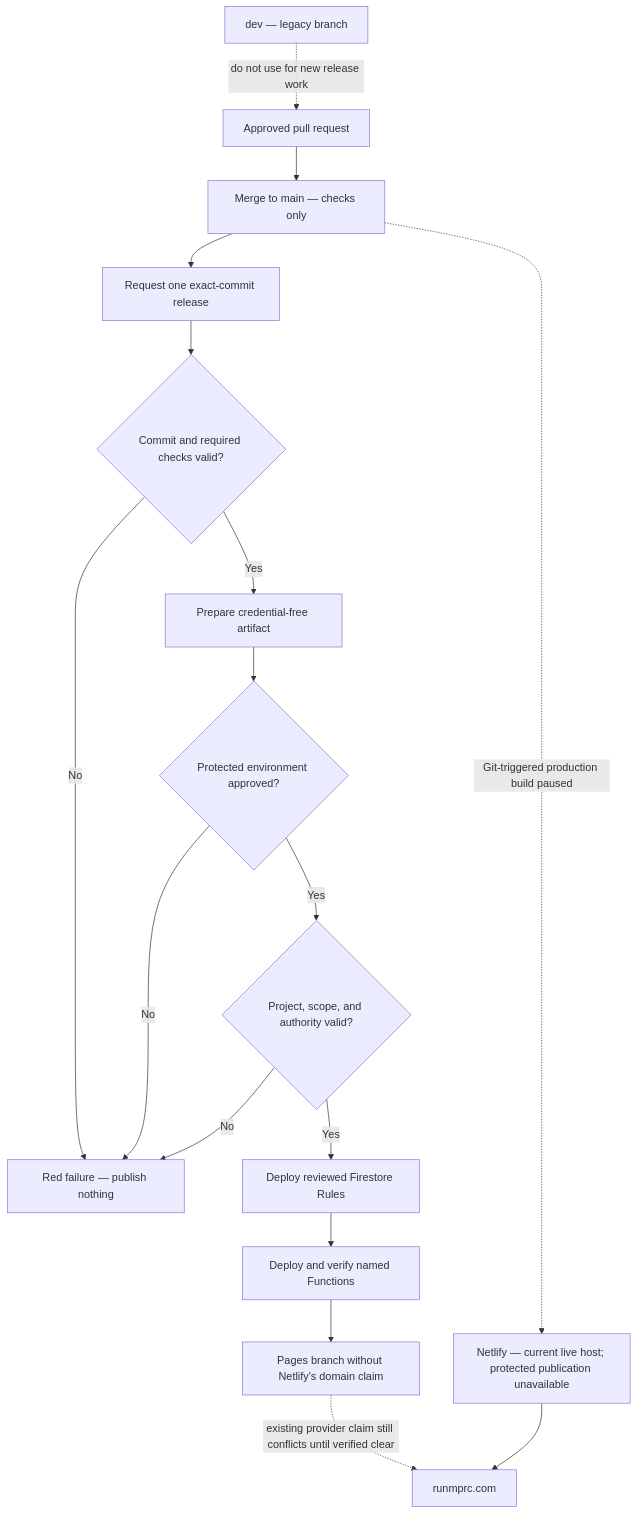
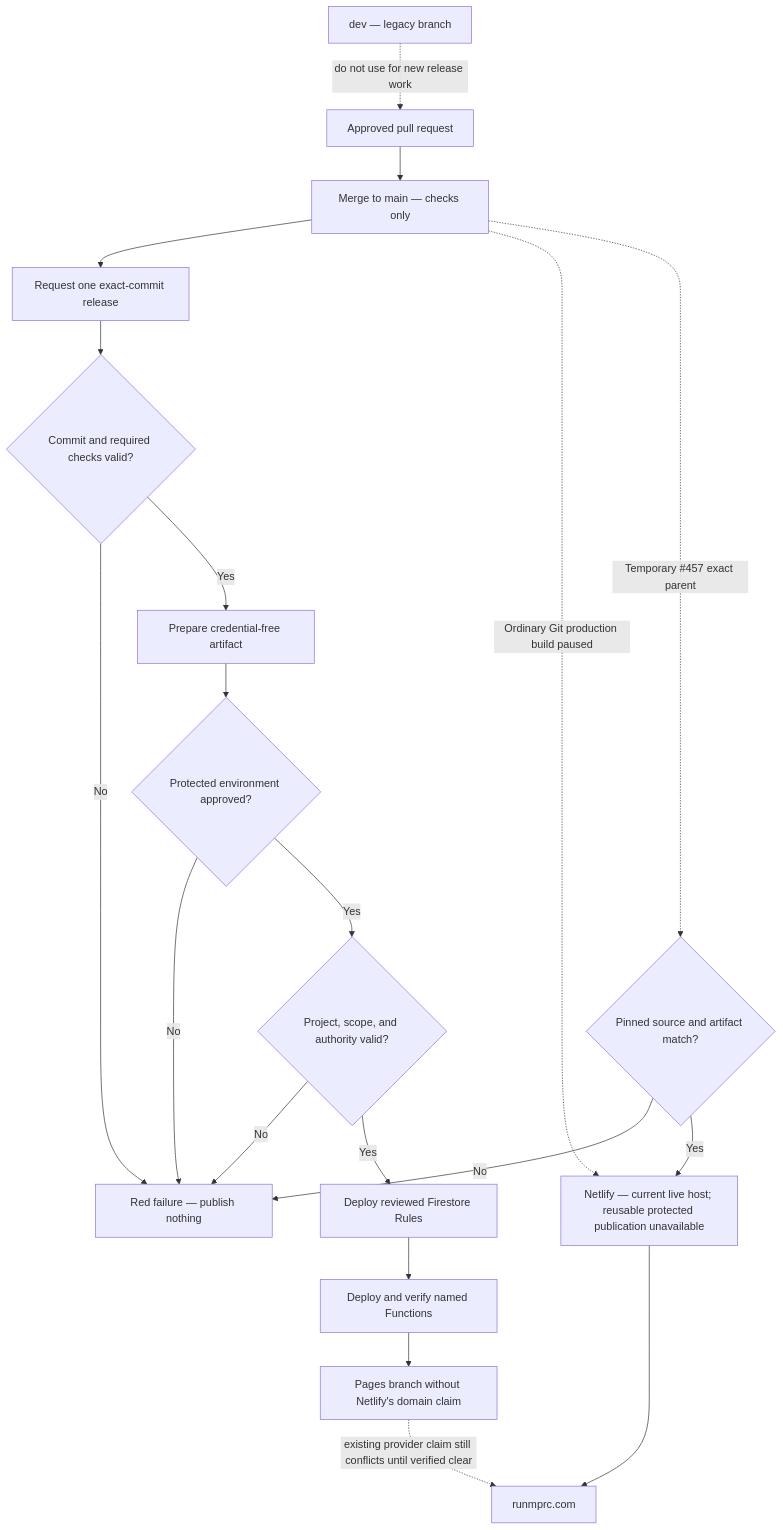
Before and after one commit to Run-MPRC/Run-MPRC.github.io: the third of 8 diagrams in docs/officers/SYSTEM_MAPS.md, drawn with Mermaid. The commit also changed other lines of this file and 17 other files, not shown here.

Commit message:
release: add pinned Netlify hotfix gate

````diff
--- a/docs/officers/SYSTEM_MAPS.md
+++ b/docs/officers/SYSTEM_MAPS.md
@@ -47,19 +47,22 @@
 ```mermaid
 flowchart TD
     PR["Approved pull request"] --> Main["Merge to main — checks only"]
     Main --> Request["Request one exact-commit release"]
     Request --> Preflight{"Commit and required checks valid?"}
     Preflight -- "No" --> Stop["Red failure — publish nothing"]
     Preflight -- "Yes" --> Prepare["Prepare credential-free artifact"]
     Prepare --> Approval{"Protected environment approved?"}
     Approval -- "No" --> Stop
     Approval -- "Yes" --> Gate{"Project, scope, and authority valid?"}
     Gate -- "No" --> Stop
     Gate -- "Yes" --> Rules["Deploy reviewed Firestore Rules"]
     Rules --> Functions["Deploy and verify named Functions"]
     Functions --> Pages["Pages branch without Netlify's domain claim"]
-    Main -. "Git-triggered production build paused" .-> Netlify
-    Netlify["Netlify — current live host; protected publication unavailable"] --> Live["runmprc.com"]
+    Main -. "Ordinary Git production build paused" .-> Netlify
+    Main -. "Temporary #457 exact parent" .-> WebGate{"Pinned source and artifact match?"}
+    WebGate -- "No" --> Stop
+    WebGate -- "Yes" --> Netlify
+    Netlify["Netlify — current live host; reusable protected publication unavailable"] --> Live["runmprc.com"]
     Pages -. "existing provider claim still conflicts until verified clear" .-> Live
     Dev["dev — legacy branch"] -. "do not use for new release work" .-> PR
 ```
````
